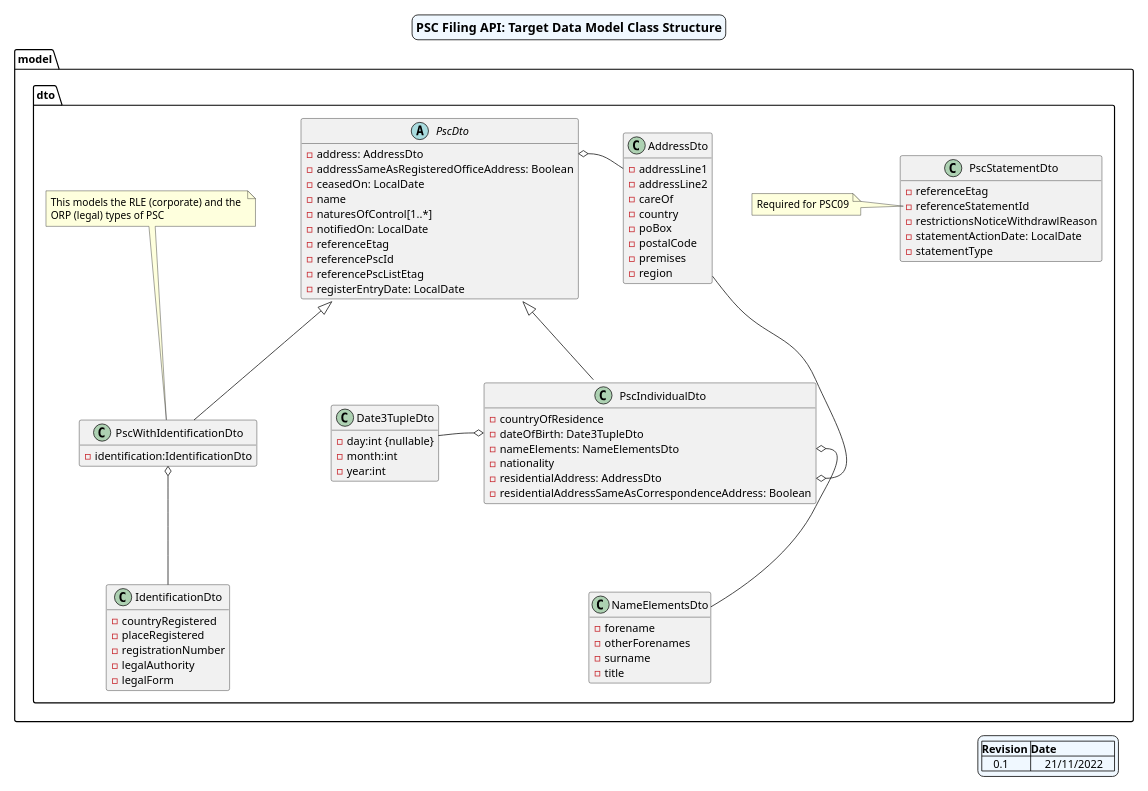
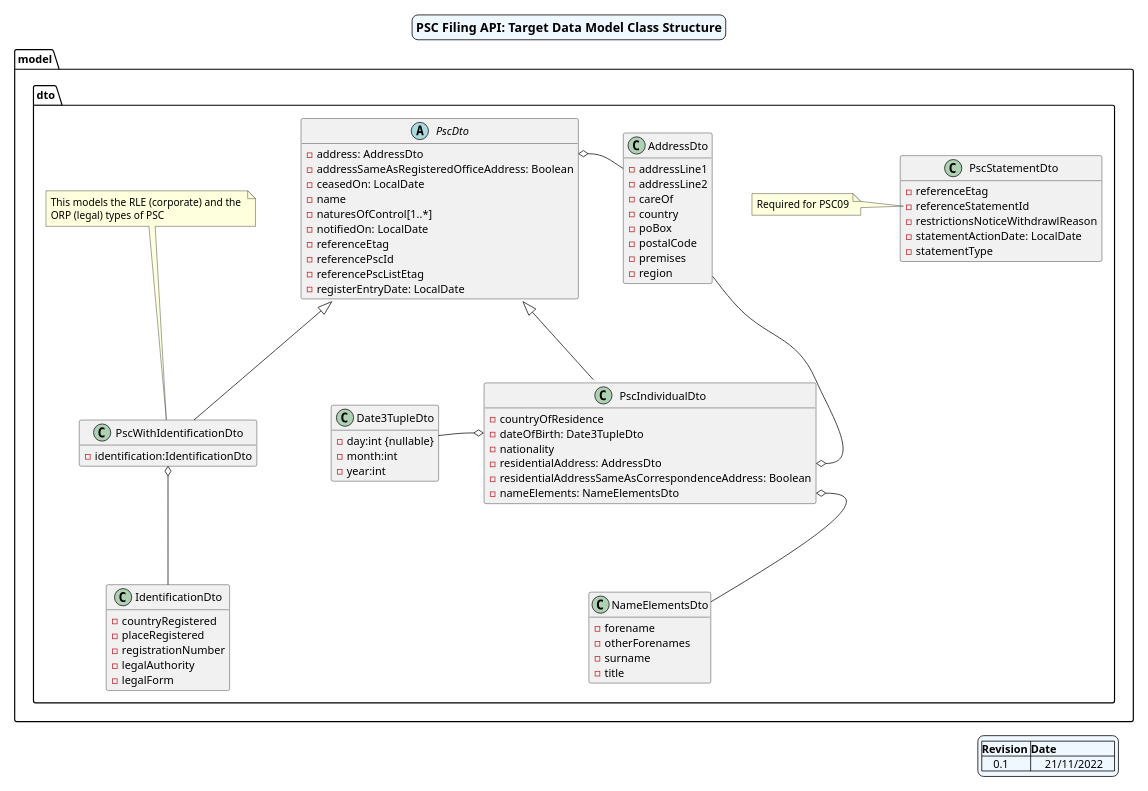
Before and after one commit to companieshouse/psc-filing-api: the diagram in docs/Target Data Model of PSC Classes.puml, drawn with PlantUML. The commit also changed other lines of this file and 1 other file, not shown here.

```diff
--- a/docs/Target Data Model of PSC Classes.puml
+++ b/docs/Target Data Model of PSC Classes.puml
@@ -1,128 +1,128 @@
 @startuml
 'https://plantuml.com/class-diagram
 'ortho/polyline
 'skinparam linetype polyline
 skinparam nodesep 50 /' horizontal separator '/
 skinparam ranksep 100 /' vertical separator '/
 skinparam titleBorderRoundCorner 15
 skinparam titleBorderThickness 1
 skinparam titleBorderColor black
 skinparam titleBackgroundColor AliceBlue
 skinparam groupInheritance 1
 skinparam legendBackgroundColor AliceBlue
 
 scale 800 width
 hide empty members
 'hide circle'
 skinparam titleFontSize 16
 
 title PSC Filing API: Target Data Model Class Structure
 
 legend right
 |=Revision |=Date |
 |    0.1    |     21/11/2022    |
 endlegend
 
     package "model" {
 
         package "dto" {
 
             class AddressDto {
                 -addressLine1
                 -addressLine2
                 -careOf
                 -country
                 -poBox
                 -postalCode
                 -premises
                 -region
             }
 
             class Date3TupleDto {
                 -day:int {nullable}
                 -month:int
                 -year:int
             }
 
 /'             note left of Date3TupleDto
                day is null
                for partial DOB
             end note'/
 
             class IdentificationDto {
                 -countryRegistered
                 -placeRegistered
                 -registrationNumber
                 -legalAuthority
                -legalForm
             }
 
             class NameElementsDto {
                 -forename
                 -otherForenames
                 -surname
                 -title
             }
             
             class PscStatementDto {
                 -referenceEtag
                 -referenceStatementId
                 -restrictionsNoticeWithdrawlReason
                 -statementActionDate: LocalDate
                 -statementType
             }
 
           note left of PscStatementDto::referenceStatementId
                 Required for PSC09
            end note
 
 /'          note left of PscStatementDto::statementType
                 See public spec for full list
            end note'/
 
             abstract class PscDto {
                 -address: AddressDto
                 -addressSameAsRegisteredOfficeAddress: Boolean
                 -ceasedOn: LocalDate
                 -name
                 -naturesOfControl[1..*]
                 -notifiedOn: LocalDate
                 -referenceEtag
                 -referencePscId
                 -referencePscListEtag
                 -registerEntryDate: LocalDate
             }
 
 /'           note left of PscDto::naturesOfControl
                 See public spec for full list
             end note'/
 
             class PscIndividualDto {
                 -countryOfResidence
                 -dateOfBirth: Date3TupleDto
-                -nameElements: NameElementsDto
                 -nationality
                 -residentialAddress: AddressDto
                 -residentialAddressSameAsCorrespondenceAddress: Boolean
+                -nameElements: NameElementsDto
             }
 
 /'           note "This models an individual PSC" as Note2
              Note2 .. PscIndividualDto'/
 
             class PscWithIdentificationDto {
                 -identification:IdentificationDto
             }
            note "This models the RLE (corporate) and the \nORP (legal) types of PSC" as Note1
                 Note1 .. PscWithIdentificationDto
 
             PscDto <|-- PscIndividualDto
             PscDto <|-- PscWithIdentificationDto
             PscIndividualDto::nameElements o-- NameElementsDto
             PscWithIdentificationDto o-- IdentificationDto
             AddressDto -o PscDto::address
             PscIndividualDto::residentialAddress o- AddressDto
             Date3TupleDto -o PscIndividualDto::dateOfBirth
         }
     }
 
 @enduml
```
